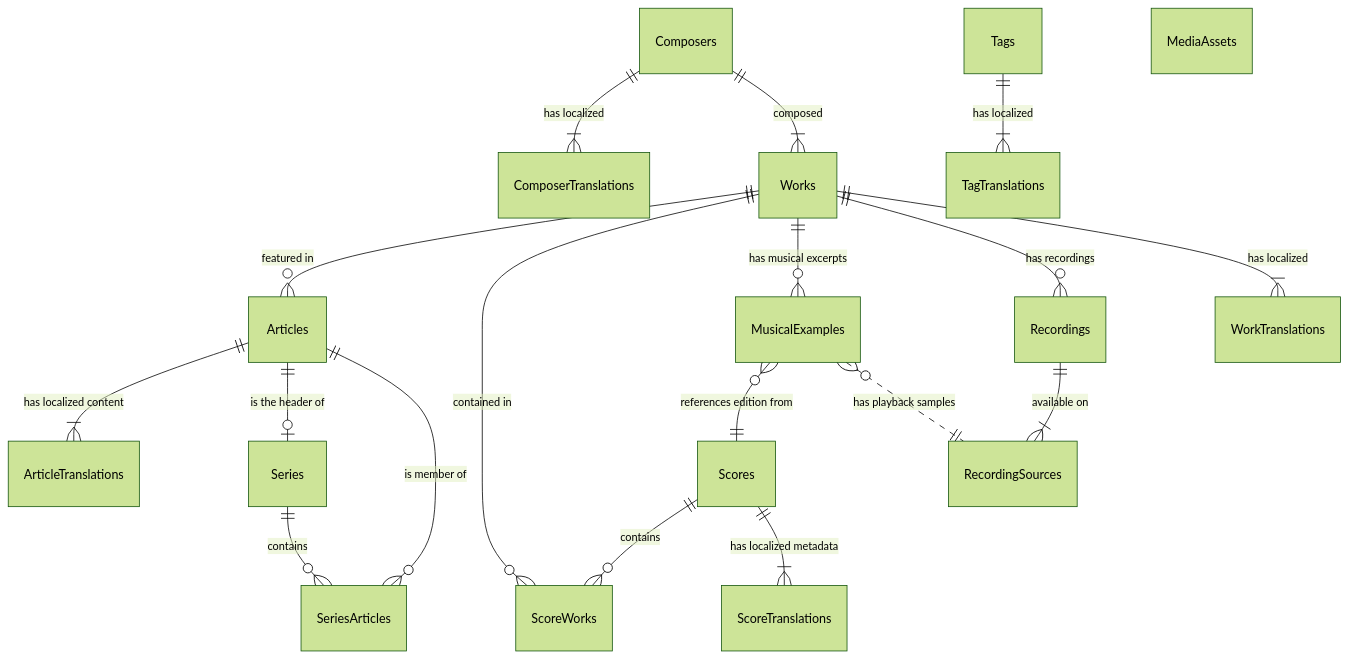
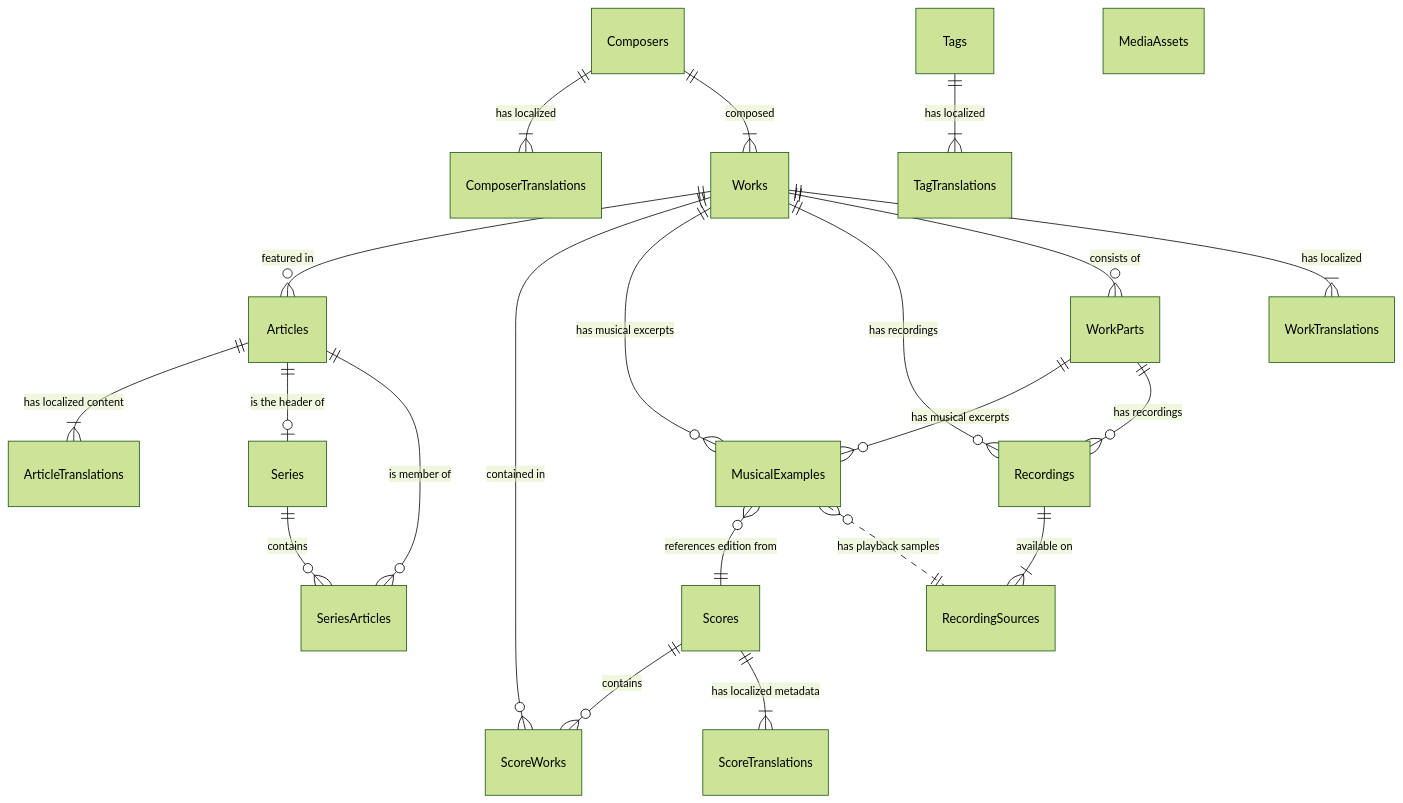
One commit to preludio-lab/preludio-lab changed the first of 3 diagrams in docs/05_design/database-schema.md. Above: the diagram before and after it, drawn with Mermaid (forest theme). The commit also changed other lines of this file and 4 other files, not shown here.

Commit message:
feat(work): MusicalGenreの実装とデータベーススキーマの更新

````diff
--- a/docs/05_design/database-schema.md
+++ b/docs/05_design/database-schema.md
@@ -54,26 +54,29 @@
 ```mermaid
 erDiagram
     %% Core Tables: Articles & Series
     Works ||--o{ Articles : "featured in"
     Articles ||--|{ ArticleTranslations : "has localized content"
     Articles ||--o| Series : "is the header of"
     Series ||--o{ SeriesArticles : "contains"
     Articles ||--o{ SeriesArticles : "is member of"
 
     %% Asset Tables: Scores & Recordings
     Works ||--o{ ScoreWorks : "contained in"
     Scores ||--o{ ScoreWorks : "contains"
     Scores ||--|{ ScoreTranslations : "has localized metadata"
     Works ||--o{ MusicalExamples : "has musical excerpts"
     MusicalExamples }o--|| Scores : "references edition from"
     MusicalExamples }o..|| RecordingSources : "has playback samples"
     Works ||--o{ Recordings : "has recordings"
     Recordings ||--|{ RecordingSources : "available on"
 
     %% Master Tables: Composers & Works
     Composers ||--|{ ComposerTranslations : "has localized"
     Composers ||--|{ Works : "composed"
+    Works ||--o{ WorkParts : "consists of"
     Works ||--|{ WorkTranslations : "has localized"
+    WorkParts ||--o{ MusicalExamples : "has musical excerpts"
+    WorkParts ||--o{ Recordings : "has recordings"
     Tags ||--|{ TagTranslations : "has localized"
     MediaAssets
 ```
````
